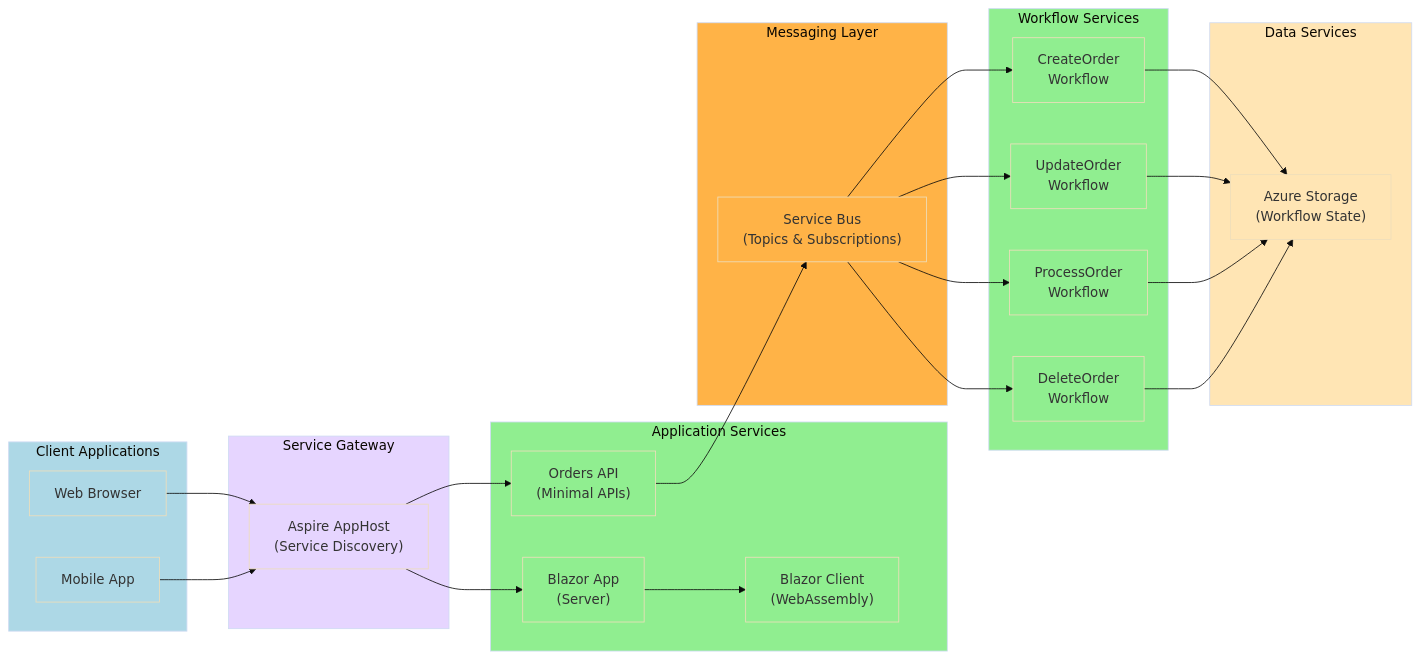
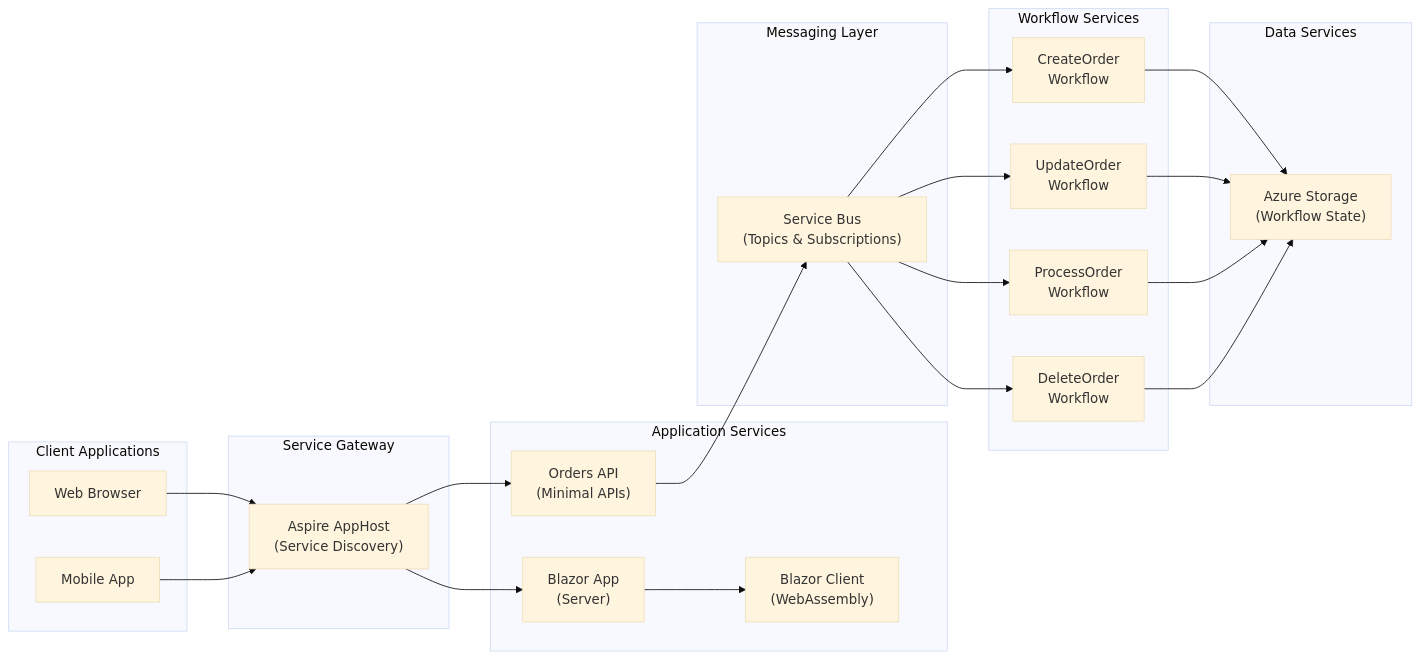
The sixth of 12 diagrams in README.md (Evilazaro/Azure-LogicApps-Monitoring), drawn with Mermaid (base theme) before and after one commit. The commit also changed other lines of this file, not shown here.

Commit message:
refactor: remove redundant style definitions from flowcharts in README.md

````diff
--- a/README.md
+++ b/README.md
@@ -480,69 +398,50 @@
 ```mermaid
 flowchart LR
     subgraph Clients["Client Applications"]
         Browser["Web Browser"]
         MobileApp["Mobile App"]
     end
     
     subgraph Gateway["Service Gateway"]
         AspireHost["Aspire AppHost<br/>(Service Discovery)"]
     end
     
     subgraph Services["Application Services"]
         OrdersAPI["Orders API<br/>(Minimal APIs)"]
         BlazorServer["Blazor App<br/>(Server)"]
         BlazorWASM["Blazor Client<br/>(WebAssembly)"]
     end
     
     subgraph Workflows["Workflow Services"]
         CreateWorkflow["CreateOrder<br/>Workflow"]
         UpdateWorkflow["UpdateOrder<br/>Workflow"]
         ProcessWorkflow["ProcessOrder<br/>Workflow"]
         DeleteWorkflow["DeleteOrder<br/>Workflow"]
     end
     
     subgraph Messaging["Messaging Layer"]
         ServiceBus["Service Bus<br/>(Topics & Subscriptions)"]
     end
     
     subgraph Data["Data Services"]
         AzureStorage["Azure Storage<br/>(Workflow State)"]
     end
     
     Browser --> AspireHost
     MobileApp --> AspireHost
     
     AspireHost --> OrdersAPI
     AspireHost --> BlazorServer
     BlazorServer --> BlazorWASM
     
     OrdersAPI --> ServiceBus
     ServiceBus --> CreateWorkflow
     ServiceBus --> UpdateWorkflow
     ServiceBus --> ProcessWorkflow
     ServiceBus --> DeleteWorkflow
     
     CreateWorkflow --> AzureStorage
     UpdateWorkflow --> AzureStorage
     ProcessWorkflow --> AzureStorage
     DeleteWorkflow --> AzureStorage
-    
-    style Clients fill:#ADD8E6
-    style Gateway fill:#E6D5FF
-    style Services fill:#90EE90
-    style Workflows fill:#90EE90
-    style Messaging fill:#FFB347
-    style Data fill:#FFE5B4
-    style Browser fill:#ADD8E6
-    style MobileApp fill:#ADD8E6
-    style AspireHost fill:#E6D5FF
-    style OrdersAPI fill:#90EE90
-    style BlazorServer fill:#90EE90
-    style BlazorWASM fill:#90EE90
-    style CreateWorkflow fill:#90EE90
-    style UpdateWorkflow fill:#90EE90
-    style ProcessWorkflow fill:#90EE90
-    style DeleteWorkflow fill:#90EE90
-    style ServiceBus fill:#FFB347
-    style AzureStorage fill:#FFE5B4
 ```
````
